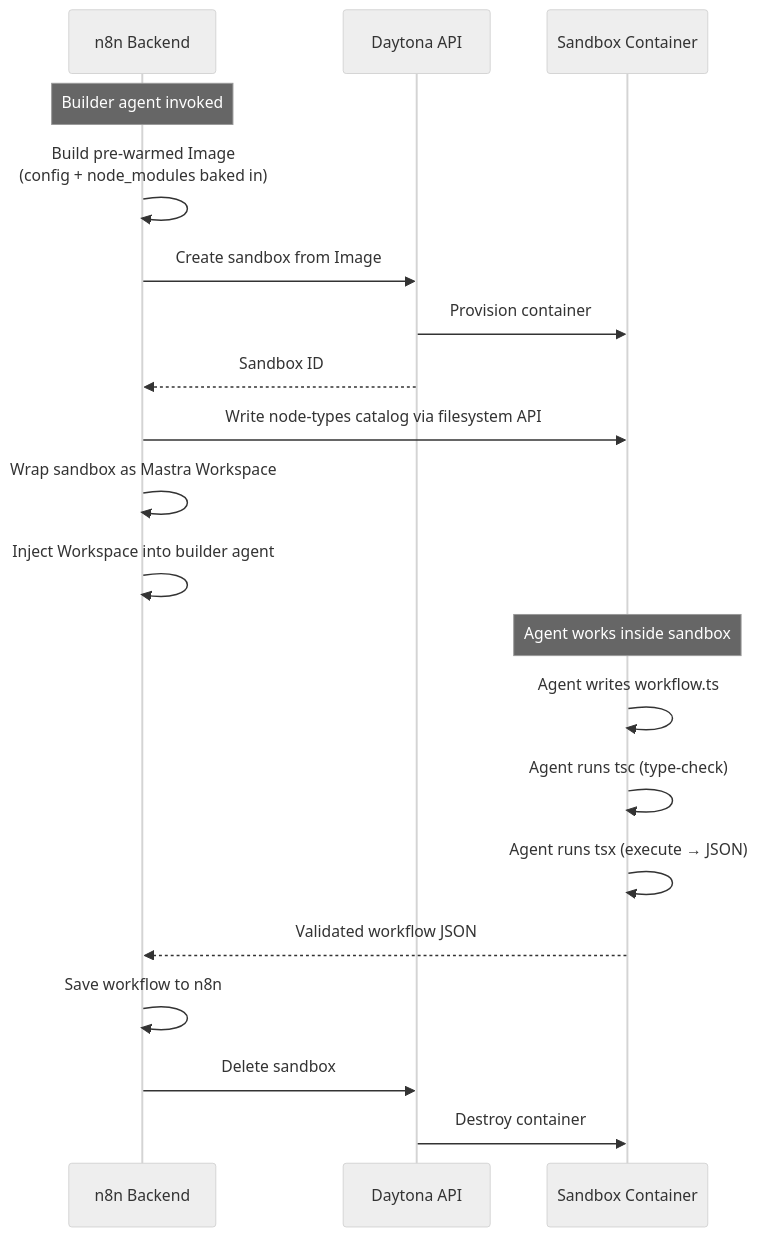
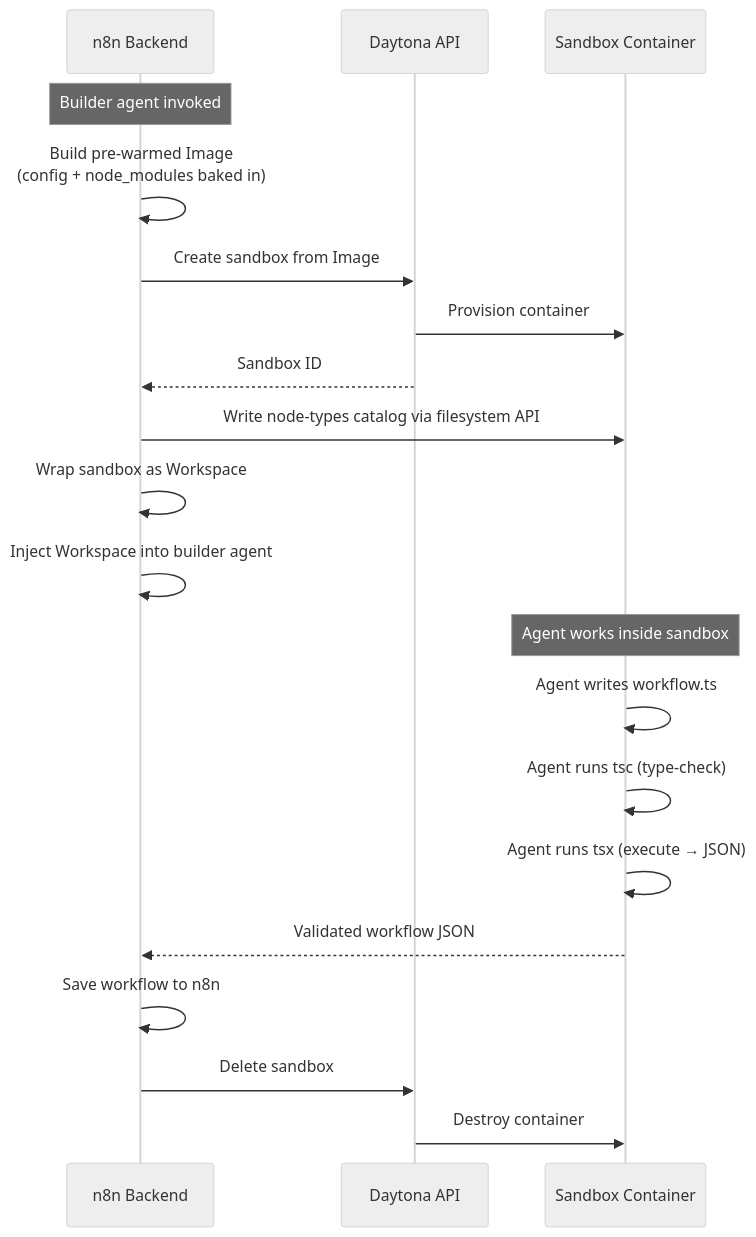
One commit to mayankjain1815-commits/n8n changed the third of 5 diagrams in packages/@n8n/instance-ai/docs/sandboxing.md. Above: the diagram before and after it, drawn with Mermaid (neutral theme). The commit also changed other lines of this file and 11 other files, not shown here.

````diff
--- a/packages/@n8n/instance-ai/docs/sandboxing.md
+++ b/packages/@n8n/instance-ai/docs/sandboxing.md
@@ -96,26 +96,26 @@
 ```mermaid
 sequenceDiagram
     participant n8n as n8n Backend
     participant D as Daytona API
     participant S as Sandbox Container
 
     Note over n8n: Builder agent invoked
     n8n->>n8n: Build pre-warmed Image<br/>(config + node_modules baked in)
     n8n->>D: Create sandbox from Image
     D->>S: Provision container
     D-->>n8n: Sandbox ID
 
     n8n->>S: Write node-types catalog via filesystem API
-    n8n->>n8n: Wrap sandbox as Mastra Workspace
+    n8n->>n8n: Wrap sandbox as Workspace
     n8n->>n8n: Inject Workspace into builder agent
 
     Note over S: Agent works inside sandbox
     S->>S: Agent writes workflow.ts
     S->>S: Agent runs tsc (type-check)
     S->>S: Agent runs tsx (execute → JSON)
     S-->>n8n: Validated workflow JSON
 
     n8n->>n8n: Save workflow to n8n
     n8n->>D: Delete sandbox
     D->>S: Destroy container
 ```
````
